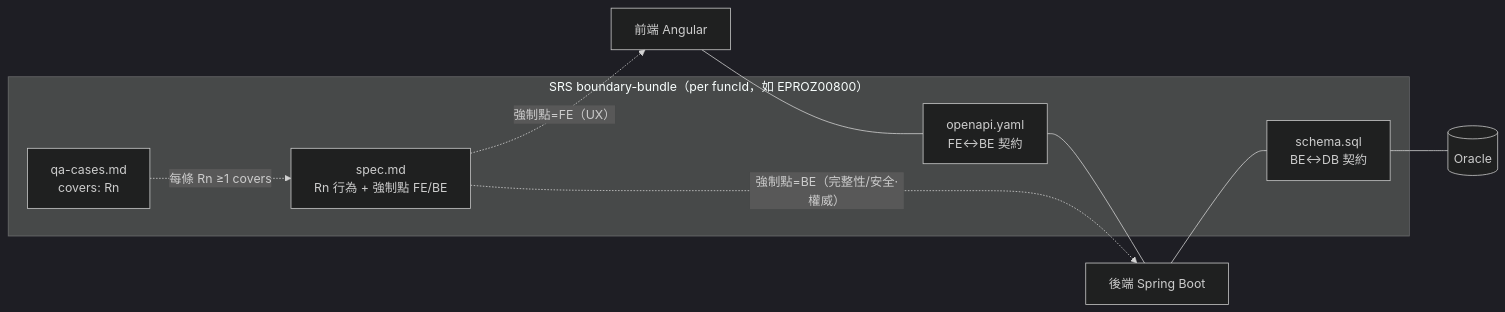
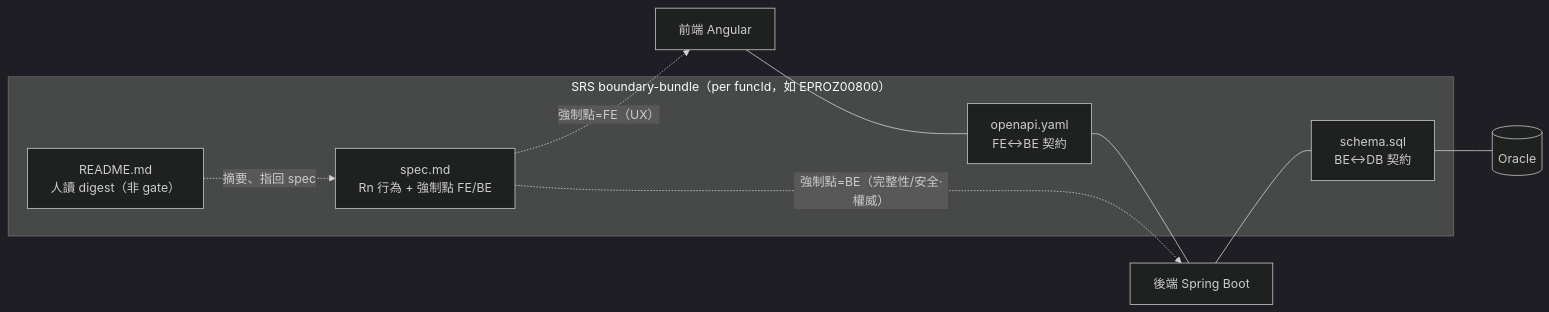
The second of 2 diagrams in docs/spec-architecture.md (Gary-GaGa/legacy-codebase), drawn with Mermaid (dark theme) before and after one commit. The commit also changed other lines of this file and 6 other files, not shown here.

First line of the commit message:
docs: 清 QA 暫拔除殘留(圖/結構/ADR/資料夾樹同步)+bundle 補 README digest(owner 2026-06-25)

````diff
--- a/docs/spec-architecture.md
+++ b/docs/spec-architecture.md
@@ -45,16 +45,16 @@
 ```mermaid
 flowchart LR
   subgraph BUNDLE["SRS boundary-bundle（per funcId，如 EPROZ00800）"]
     spec["spec.md<br/>Rn 行為 + 強制點 FE/BE"]
     api["openapi.yaml<br/>FE↔BE 契約"]
     sql["schema.sql<br/>BE↔DB 契約"]
-    qa["qa-cases.md<br/>covers: Rn"]
+    readme["README.md<br/>人讀 digest（非 gate）"]
   end
   FE["前端 Angular"]
   BE["後端 Spring Boot"]
   DB[("Oracle")]
   FE --- api --- BE --- sql --- DB
   spec -.->|"強制點=FE（UX）"| FE
   spec -.->|"強制點=BE（完整性/安全·權威）"| BE
-  qa -.->|"每條 Rn ≥1 covers"| spec
+  readme -.->|"摘要、指回 spec"| spec
 ```
````
